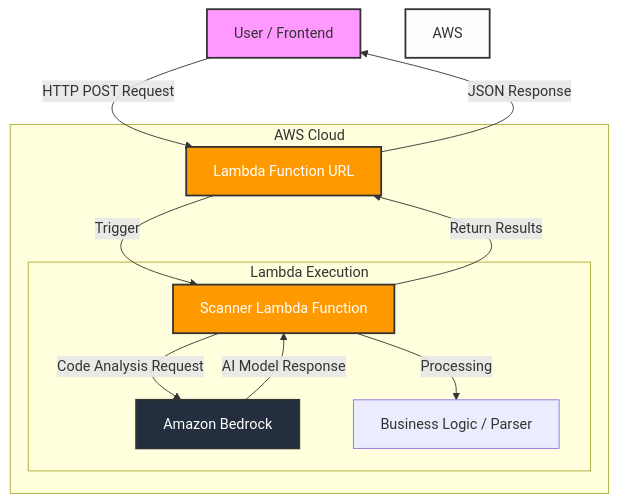
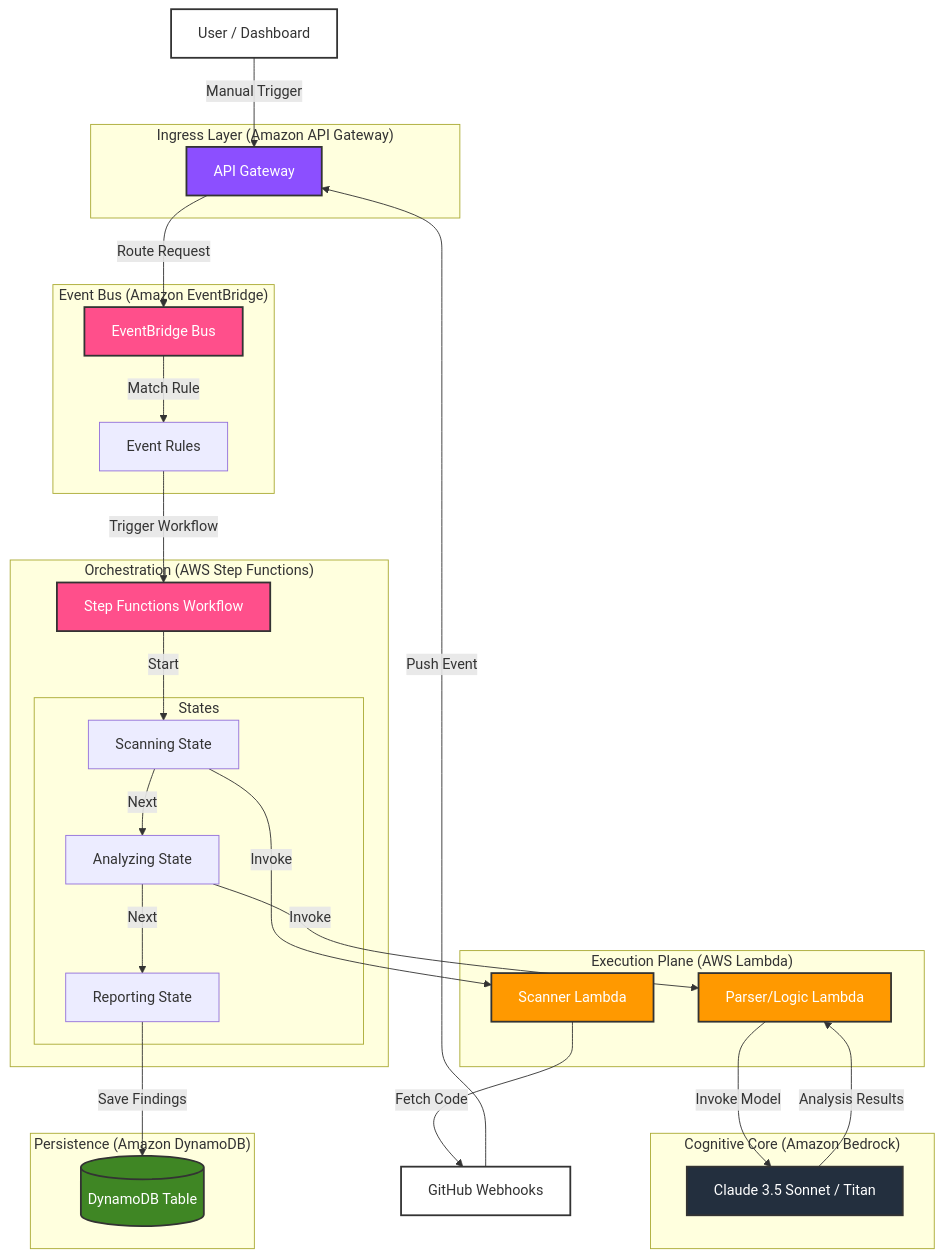
One commit to dhruvpal102005/Oreva changed the diagram in aws-flowchart.md. Above: the diagram before and after it, drawn with Mermaid. The commit also changed other lines of this file, not shown here.

Commit message:
feat: update AWS flowchart to a detailed serverless architecture incorporating orchestration, event bus, and persistence.

````diff
--- a/aws-flowchart.md
+++ b/aws-flowchart.md
@@ -5,25 +5,77 @@
 ```mermaid
 graph TD
-    User[User / Frontend] -->|HTTP POST Request| FnURL[Lambda Function URL]
+    %% Actors
+    User[User / Dashboard]
+    GitHub[GitHub Webhooks]
+
+    %% Ingress Layer
+    subgraph Ingress["Ingress Layer (Amazon API Gateway)"]
+        APIGW[API Gateway]
+    end
+
+    %% Event Bus Layer
+    subgraph EventLayer["Event Bus (Amazon EventBridge)"]
+        EventBus[EventBridge Bus]
+        Rule[Event Rules]
+    end
+
+    %% Orchestration Layer
+    subgraph Orchestration["Orchestration (AWS Step Functions)"]
+        SFN[Step Functions Workflow]
+        
+        subgraph States
+            ScanState[Scanning State]
+            AnalyzeState[Analyzing State]
+            ReportState[Reporting State]
+        end
+    end
+
+    %% Execution & Compute
+    subgraph Compute["Execution Plane (AWS Lambda)"]
+        ScannerLambda[Scanner Lambda]
+        ParserLambda[Parser/Logic Lambda]
+    end
+
+    %% Cognitive Core
+    subgraph AI["Cognitive Core (Amazon Bedrock)"]
+        Bedrock[Claude 3.5 Sonnet / Titan]
+    end
+
+    %% Persistence Layer
+    subgraph Data["Persistence (Amazon DynamoDB)"]
+        DDB[(DynamoDB Table)]
+    end
+
+    %% Connections
+    User -->|Manual Trigger| APIGW
+    GitHub -->|Push Event| APIGW
     
-    subgraph AWS Cloud
-        FnURL -->|Trigger| Lambda[Scanner Lambda Function]
-        
-        subgraph Lambda Execution
-            Lambda -->|Code Analysis Request| Bedrock[Amazon Bedrock]
-            Bedrock -->|AI Model Response| Lambda
-            
-            Lambda -->|Processing| Logic[Business Logic / Parser]
-        end
-        
-        Lambda -->|Return Results| FnURL
-    end
+    APIGW -->|Route Request| EventBus
     
-    FnURL -->|JSON Response| User
+    EventBus -->|Match Rule| Rule
+    Rule -->|Trigger Workflow| SFN
     
-    style User fill:#f9f,stroke:#333,stroke-width:2px
-    style AWS Cloud fill:#FF9900,stroke:#333,stroke-width:2px,fill-opacity:0.1
-    style Lambda fill:#FF9900,stroke:#333,stroke-width:2px,color:white
+    SFN -->|Start| ScanState
+    ScanState -->|Invoke| ScannerLambda
+    ScannerLambda -->|Fetch Code| GitHub
+    
+    ScanState -->|Next| AnalyzeState
+    AnalyzeState -->|Invoke| ParserLambda
+    ParserLambda -->|Invoke Model| Bedrock
+    Bedrock -->|Analysis Results| ParserLambda
+    
+    AnalyzeState -->|Next| ReportState
+    ReportState -->|Save Findings| DDB
+    
+    %% Styling
+    style User fill:#fff,stroke:#333,stroke-width:2px
+    style GitHub fill:#fff,stroke:#333,stroke-width:2px
+    
+    style APIGW fill:#8C4FFF,stroke:#333,stroke-width:2px,color:white
+    style EventBus fill:#FF4F8B,stroke:#333,stroke-width:2px,color:white
+    style SFN fill:#FF4F8B,stroke:#333,stroke-width:2px,color:white
+    style ScannerLambda fill:#FF9900,stroke:#333,stroke-width:2px,color:white
+    style ParserLambda fill:#FF9900,stroke:#333,stroke-width:2px,color:white
     style Bedrock fill:#232F3E,stroke:#333,stroke-width:2px,color:white
-    style FnURL fill:#FF9900,stroke:#333,stroke-width:2px,color:white
+    style DDB fill:#3F8624,stroke:#333,stroke-width:2px,color:white
 ```
````
